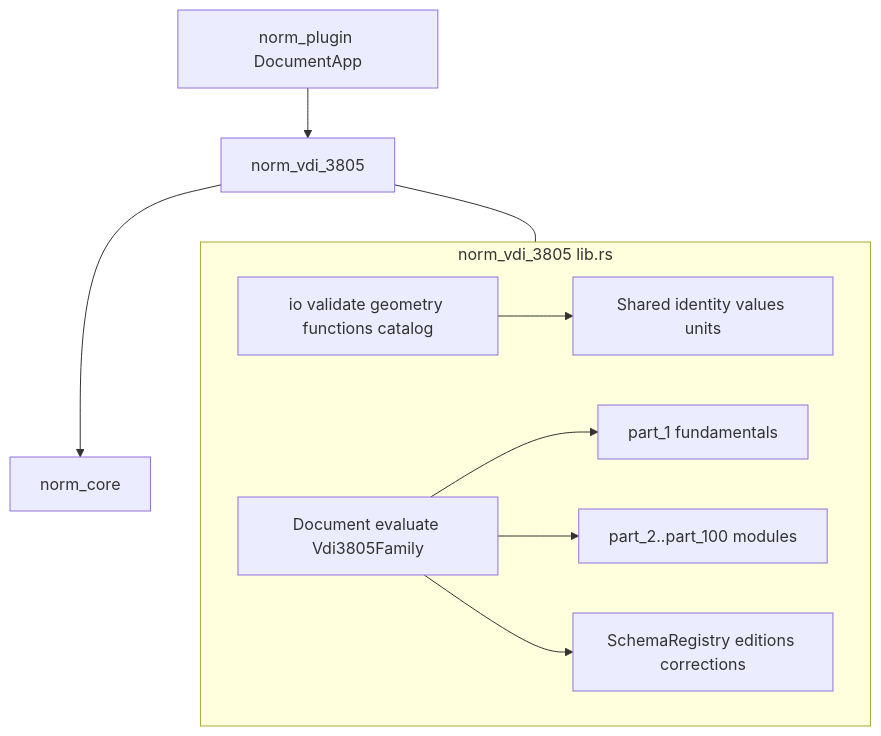
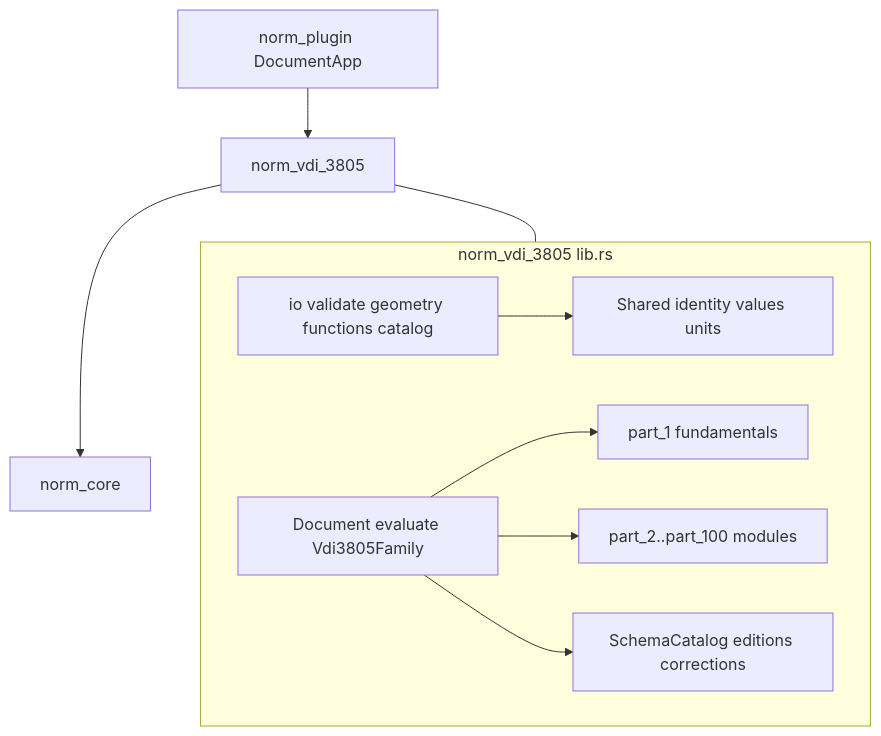
Before and after one commit to usalu/semio: the diagram in .🦑️repo/🎫️tickets/🎆️26/🌙️07/☀️22/ADD-VDI-3805/add_vdi_3805_65dbc40e.plan.md, drawn with Mermaid. The commit also changed other lines of this file and 446 other files, not shown here.

````diff
--- a/.🦑️repo/🎫️tickets/🎆️26/🌙️07/☀️22/ADD-VDI-3805/add_vdi_3805_65dbc40e.plan.md
+++ b/.🦑️repo/🎫️tickets/🎆️26/🌙️07/☀️22/ADD-VDI-3805/add_vdi_3805_65dbc40e.plan.md
@@ -39,23 +39,23 @@
 ```mermaid
 flowchart TB
   plugin["norm_plugin DocumentApp"]
   family["norm_vdi_3805"]
   core["norm_core"]
   plugin --> family
   family --> core
 
   subgraph crate [norm_vdi_3805 lib.rs]
     shared["Shared identity values units"]
-    schema["SchemaRegistry editions corrections"]
+    schema["SchemaCatalog editions corrections"]
     p01["part_1 fundamentals"]
     parts["part_2..part_100 modules"]
     engines["io validate geometry functions catalog"]
     session["Document evaluate Vdi3805Family"]
   end
 
   family --- crate
   session --> p01
   session --> parts
   session --> schema
   engines --> shared
 ```
````
